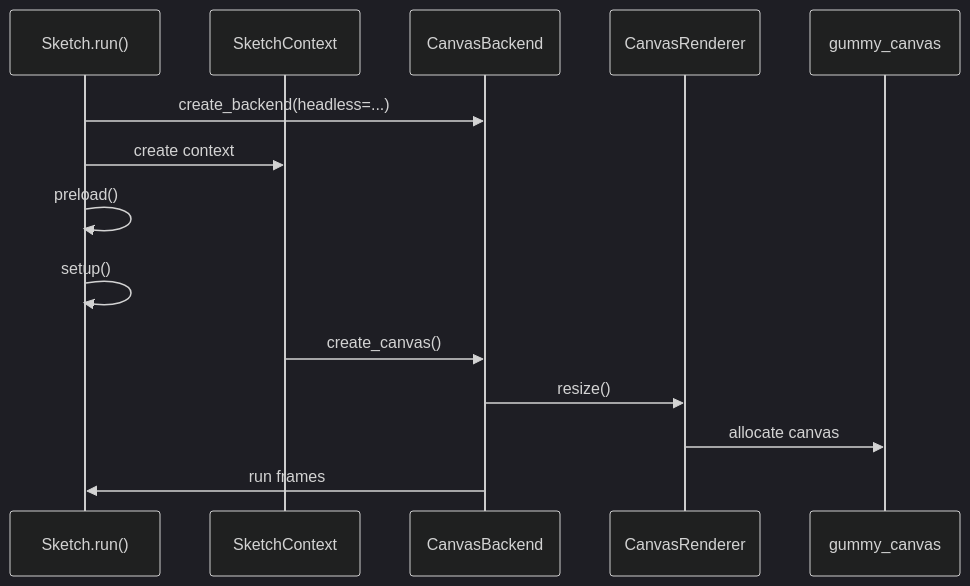
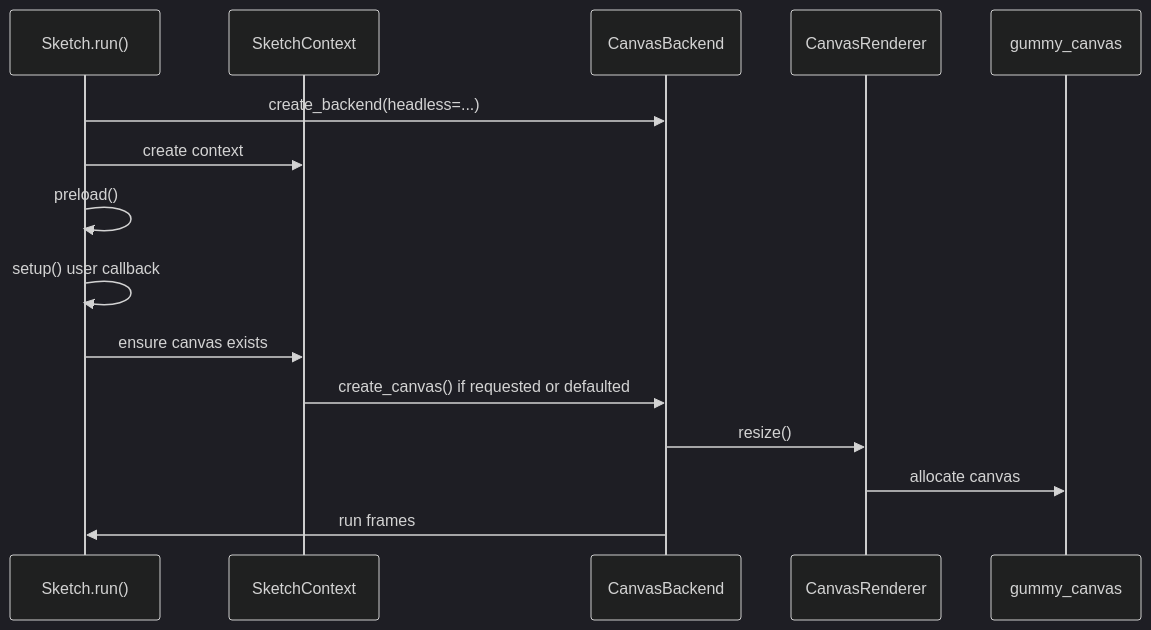
The first of 4 diagrams in docs/contribute/runtime.md (JonathanHHenson/gummy_snake), drawn with Mermaid (dark theme) before and after one commit. The commit also changed other lines of this file and 12 other files, not shown here.

````diff
--- a/docs/contribute/runtime.md
+++ b/docs/contribute/runtime.md
@@ -11,17 +11,18 @@
 ```mermaid
 sequenceDiagram
     participant S as Sketch.run()
     participant C as SketchContext
     participant B as CanvasBackend
     participant R as CanvasRenderer
     participant X as gummy_canvas
 
     S->>B: create_backend(headless=...)
     S->>C: create context
     S->>S: preload()
-    S->>S: setup()
-    C->>B: create_canvas()
+    S->>S: setup() user callback
+    S->>C: ensure canvas exists
+    C->>B: create_canvas() if requested or defaulted
     B->>R: resize()
     R->>X: allocate canvas
     B->>S: run frames
 ```
````
